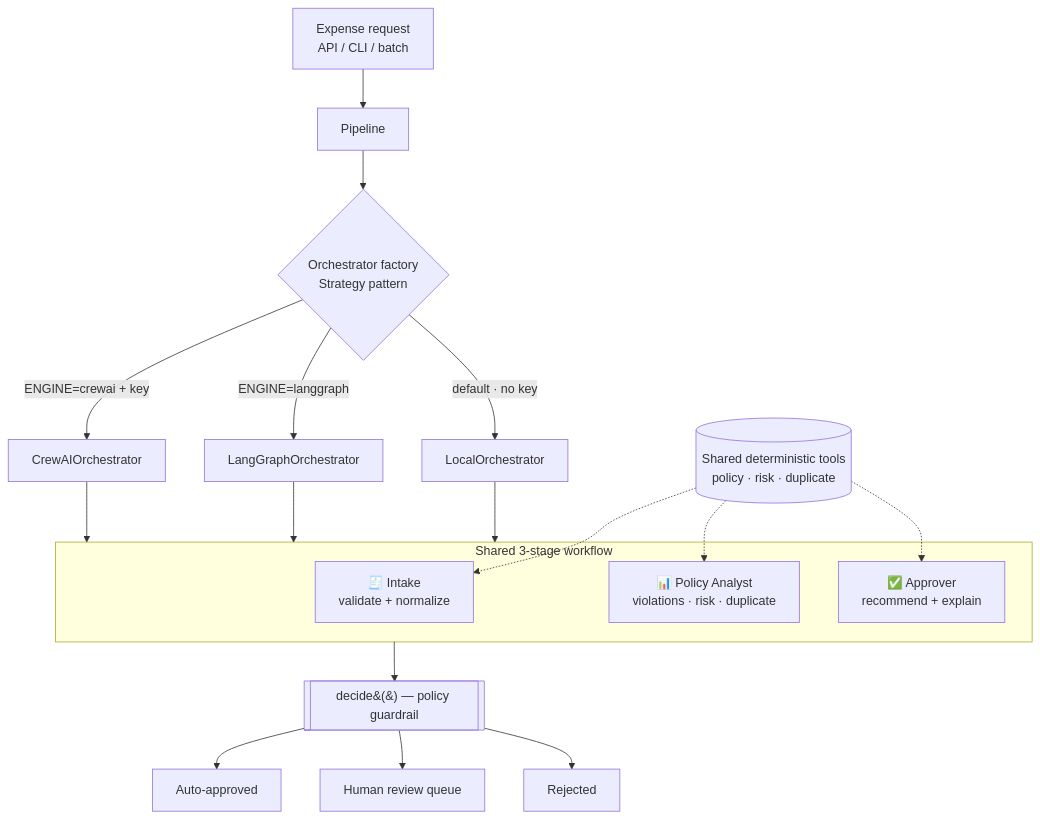
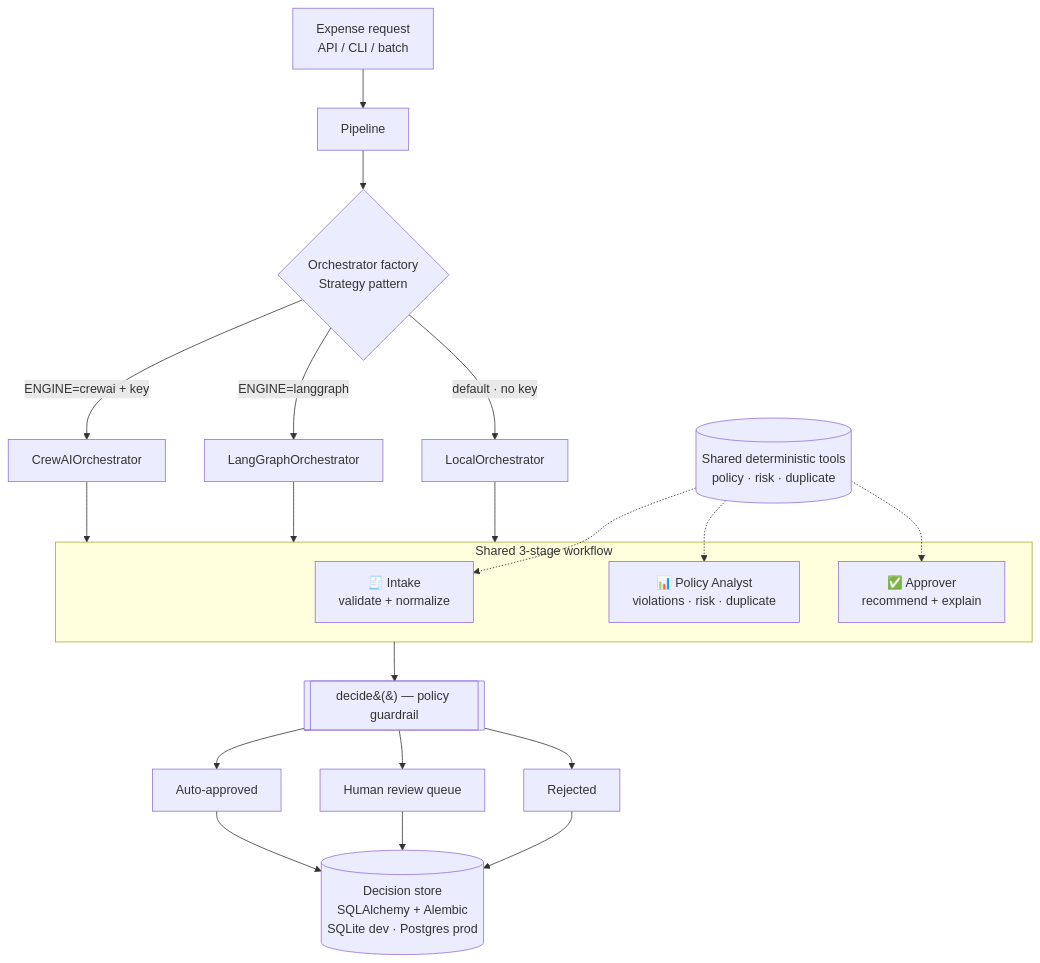
Before and after one commit to furqunali/agentic-finance-crew: the diagram in README.md, drawn with Mermaid. The commit also changed other lines of this file and 19 other files, not shown here.

First line of the commit message:
feat: persist decisions to a database (SQLAlchemy + Alembic) (#1)

````diff
--- a/README.md
+++ b/README.md
@@ -38,24 +39,26 @@
 ```mermaid
 flowchart TD
     A[Expense request<br/>API / CLI / batch] --> P[Pipeline]
     P --> F{Orchestrator factory<br/>Strategy pattern}
     F -->|ENGINE=crewai + key| C[CrewAIOrchestrator]
     F -->|ENGINE=langgraph| LG[LangGraphOrchestrator]
     F -->|default · no key| L[LocalOrchestrator]
 
     subgraph Crew["Shared 3-stage workflow"]
       S1[🧾 Intake<br/>validate + normalize]
       S2[📊 Policy Analyst<br/>violations · risk · duplicate]
       S3[✅ Approver<br/>recommend + explain]
     end
 
     C --> Crew
     LG --> Crew
     L --> Crew
     Crew --> G[[decide&#40;&#41; — policy guardrail]]
     G --> R1[Auto-approved]
     G --> R2[Human review queue]
     G --> R3[Rejected]
 
+    R1 & R2 & R3 --> DB[(Decision store<br/>SQLAlchemy + Alembic<br/>SQLite dev · Postgres prod)]
+
     T[(Shared deterministic tools<br/>policy · risk · duplicate)] -.-> S1 & S2 & S3
 ```
````
